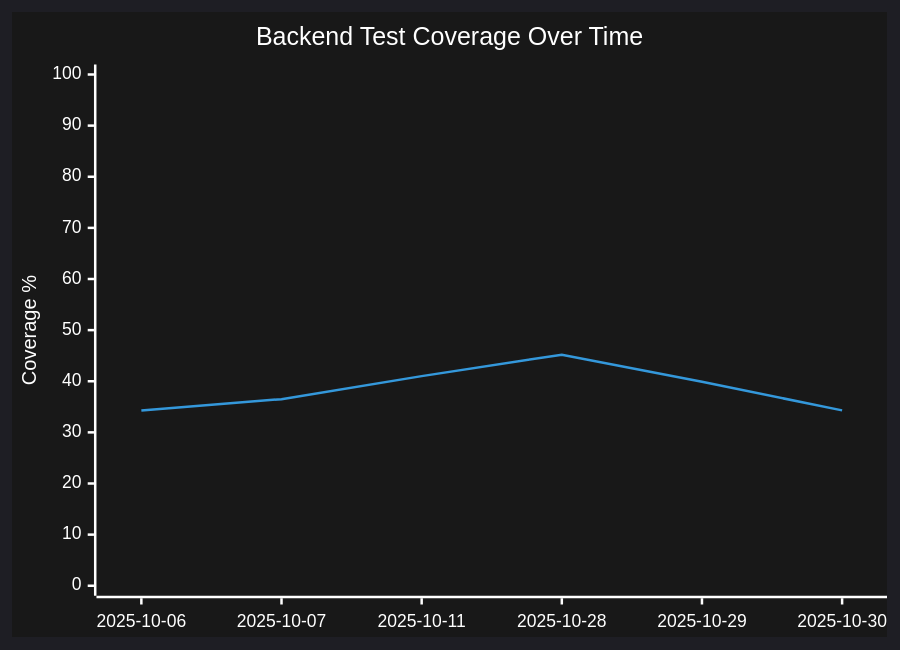
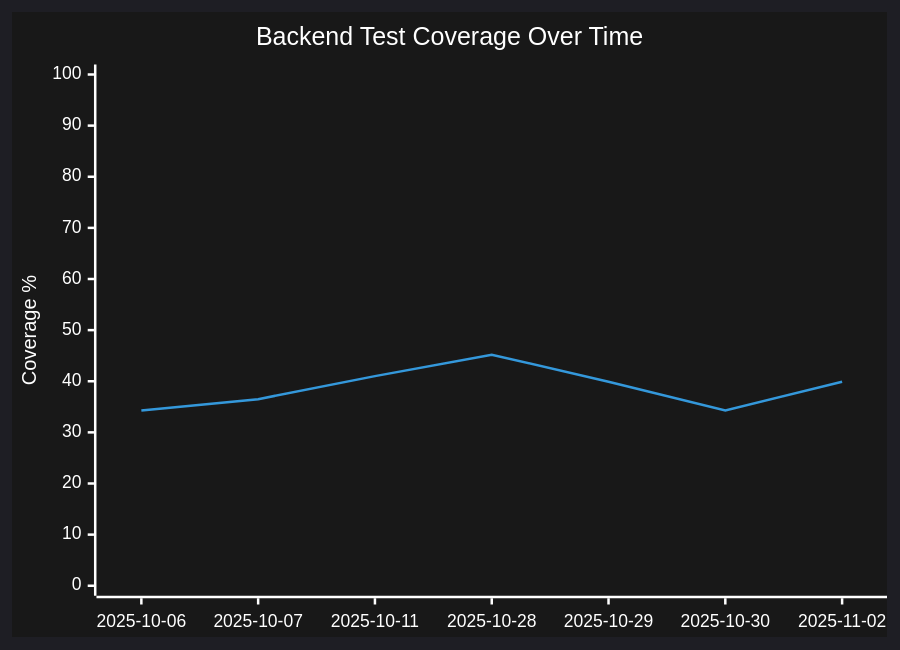
One commit to dianlight/srat changed the first of 3 diagrams in docs/TEST_COVERAGE.md. Above: the diagram before and after it, drawn with Mermaid. The commit also changed other lines of this file and 1 other file, not shown here.

````diff
--- a/docs/TEST_COVERAGE.md
+++ b/docs/TEST_COVERAGE.md
@@ -159,8 +159,8 @@
 ```mermaid
 %%{init: {'theme':'dark', 'themeVariables': { 'primaryColor':'#222','primaryTextColor':'#fff','primaryBorderColor':'#388E3C','lineColor':'#2196F3','secondaryColor':'#FFC107','tertiaryColor':'#fff','background':'#181818'}}}%%
 xychart-beta
   title "Backend Test Coverage Over Time"
-  x-axis [2025-10-06, 2025-10-07, 2025-10-11, 2025-10-28, 2025-10-29, 2025-10-30]
+  x-axis [2025-10-06, 2025-10-07, 2025-10-11, 2025-10-28, 2025-10-29, 2025-10-30, 2025-11-02]
   y-axis "Coverage %" 0 --> 100
-  line [34.3, 36.5, 41.0, 45.2, 39.9, 34.3]
+  line [34.3, 36.5, 41.0, 45.2, 39.9, 34.3, 39.9]
 ```
````
